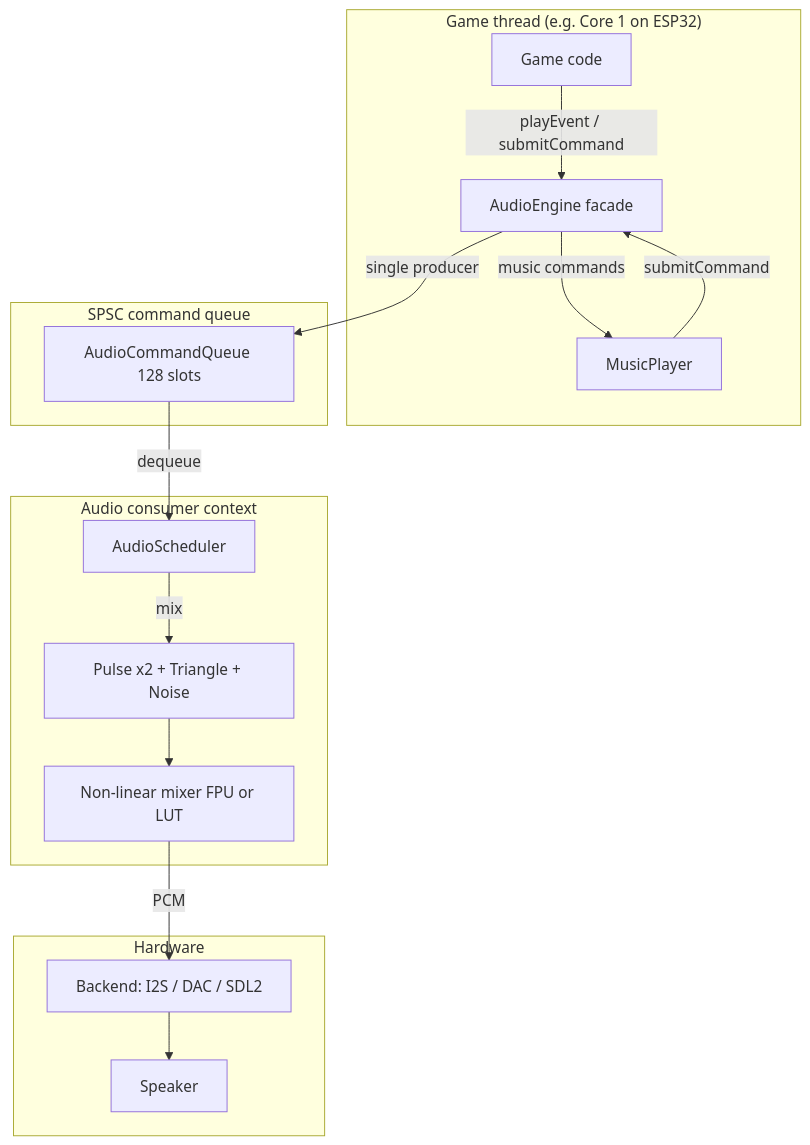
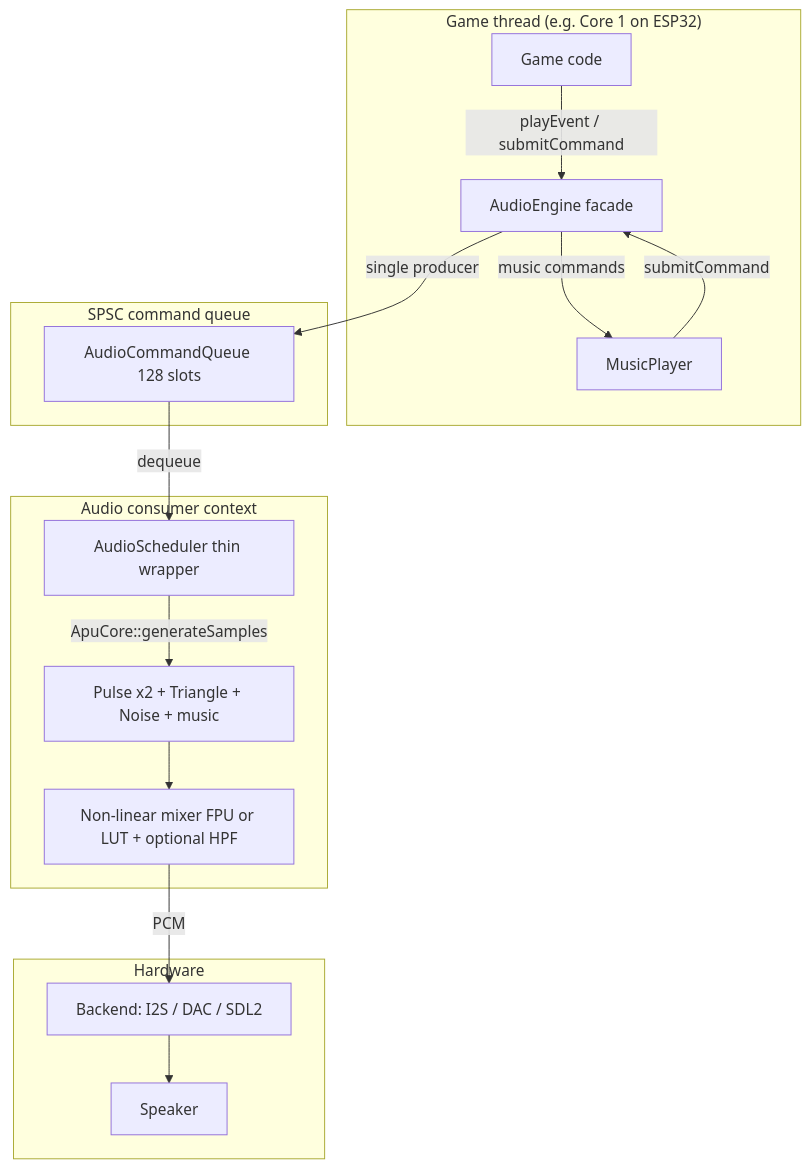
The diagram in guide/audio.md (PixelRoot32-Game-Engine/PixelRoot32-Docs), drawn with Mermaid before and after one commit. The commit also changed other lines of this file and 10 other files, not shown here.

First line of the commit message:
docs(audio): enhance audio documentation with ApuCore details

````diff
--- a/guide/audio.md
+++ b/guide/audio.md
@@ -9,23 +9,23 @@
 ```mermaid
 flowchart TB
     subgraph Game["Game thread (e.g. Core 1 on ESP32)"]
         A[Game code] -->|playEvent / submitCommand| B[AudioEngine facade]
         B -->|music commands| C[MusicPlayer]
         C -->|submitCommand| B
     end
 
     subgraph Queue["SPSC command queue"]
         B -->|single producer| D[AudioCommandQueue 128 slots]
     end
 
     subgraph Audio["Audio consumer context"]
-        D -->|dequeue| E[AudioScheduler]
-        E -->|mix| F[Pulse x2 + Triangle + Noise]
-        F --> G[Non-linear mixer FPU or LUT]
+        D -->|dequeue| E[AudioScheduler thin wrapper]
+        E -->|ApuCore::generateSamples| F[Pulse x2 + Triangle + Noise + music]
+        F --> G[Non-linear mixer FPU or LUT + optional HPF]
     end
 
     subgraph Output["Hardware"]
         G -->|PCM| H[Backend: I2S / DAC / SDL2]
         H --> I[Speaker]
     end
 ```
````
